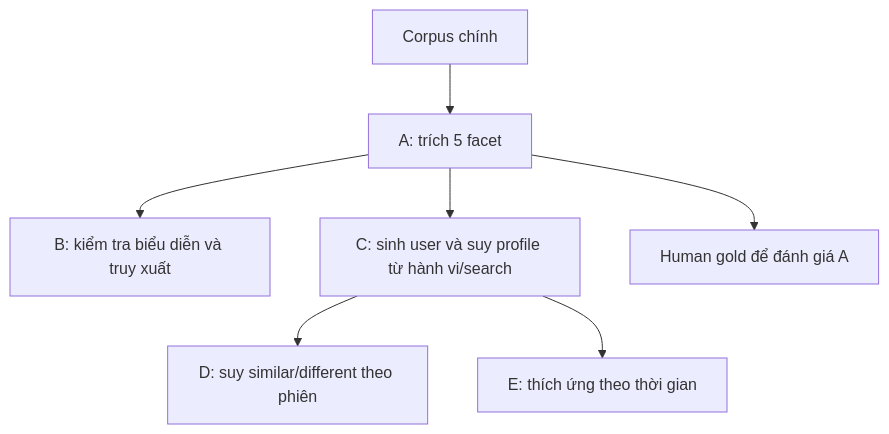
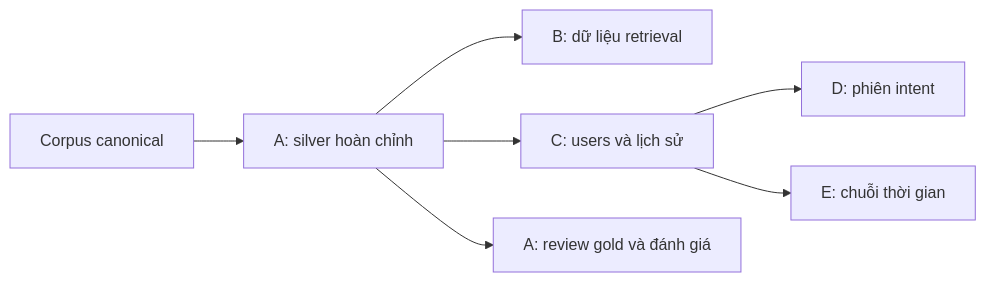
Before and after one commit to Hakuchoiii2/Paper-and-conference-recommendation: the diagram in paper-and-conference-recommendation-experiments/README.md, drawn with Mermaid. The commit also changed other lines of this file and 93 other files, not shown here.

````diff
--- a/paper-and-conference-recommendation-experiments/README.md
+++ b/paper-and-conference-recommendation-experiments/README.md
@@ -74,9 +75,9 @@
-~~~mermaid
-flowchart TD
-    CORPUS[Corpus chính] --> A[A: trích 5 facet]
-    A --> B[B: kiểm tra biểu diễn và truy xuất]
-    A --> C[C: sinh user và suy profile từ hành vi/search]
-    C --> D[D: suy similar/different theo phiên]
-    C --> E[E: thích ứng theo thời gian]
-    A --> GOLD[Human gold để đánh giá A]
-~~~
+```mermaid
+flowchart LR
+    Corpus[Corpus canonical] --> A[A: silver hoàn chỉnh]
+    A --> B[B: dữ liệu retrieval]
+    A --> C[C: users và lịch sử]
+    C --> D[D: phiên intent]
+    C --> E[E: chuỗi thời gian]
+    A --> Gold[A: review gold và đánh giá]
+```
````
